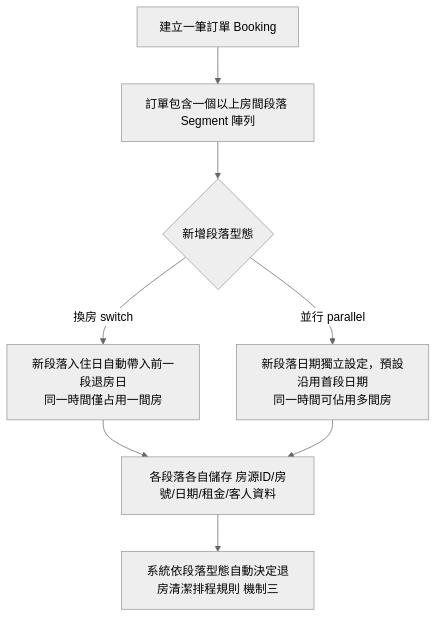
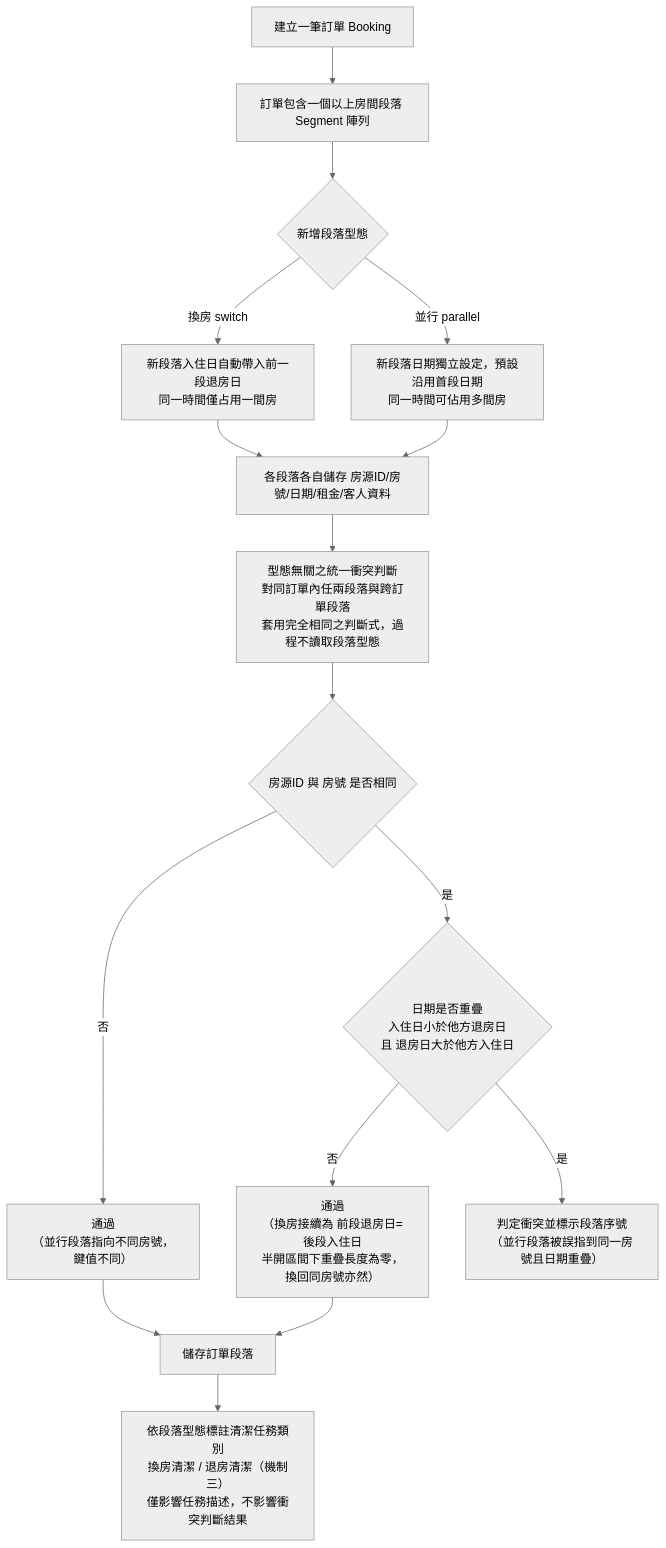
Before and after one commit to linhsuanyu199/quanju-room-system: the diagram in patent-docs/diagrams/src/fig-2-segment.mmd, drawn with Mermaid (neutral theme). The commit also changed 22 other files, not shown here.

```diff
--- a/patent-docs/diagrams/src/fig-2-segment.mmd
+++ b/patent-docs/diagrams/src/fig-2-segment.mmd
@@ -1,8 +1,16 @@
 flowchart TD
-  A[建立一筆訂單 Booking] --> B[訂單包含一個以上房間段落 Segment 陣列]
-  B --> C{新增段落型態}
-  C -- 換房 switch --> D[新段落入住日自動帶入前一段退房日<br/>同一時間僅占用一間房]
-  C -- 並行 parallel --> E[新段落日期獨立設定，預設沿用首段日期<br/>同一時間可佔用多間房]
-  D --> F[各段落各自儲存 房源ID/房號/日期/租金/客人資料]
+  A["建立一筆訂單 Booking"] --> B["訂單包含一個以上房間段落 Segment 陣列"]
+  B --> C{"新增段落型態"}
+  C -- "換房 switch" --> D["新段落入住日自動帶入前一段退房日<br/>同一時間僅占用一間房"]
+  C -- "並行 parallel" --> E["新段落日期獨立設定，預設沿用首段日期<br/>同一時間可佔用多間房"]
+  D --> F["各段落各自儲存 房源ID/房號/日期/租金/客人資料"]
   E --> F
-  F --> G[系統依段落型態自動決定退房清潔排程規則 機制三]
+  F --> G["型態無關之統一衝突判斷<br/>對同訂單內任兩段落與跨訂單段落<br/>套用完全相同之判斷式，過程不讀取段落型態"]
+  G --> H{"房源ID 與 房號 是否相同"}
+  H -- 否 --> P["通過<br/>（並行段落指向不同房號，鍵值不同）"]
+  H -- 是 --> I{"日期是否重疊<br/>入住日小於他方退房日<br/>且 退房日大於他方入住日"}
+  I -- 否 --> P2["通過<br/>（換房接續為 前段退房日=後段入住日<br/>半開區間下重疊長度為零，換回同房號亦然）"]
+  I -- 是 --> J["判定衝突並標示段落序號<br/>（並行段落被誤指到同一房號且日期重疊）"]
+  P --> K
+  P2 --> K["儲存訂單段落"]
+  K --> L["依段落型態標註清潔任務類別<br/>換房清潔 / 退房清潔（機制三）<br/>僅影響任務描述，不影響衝突判斷結果"]
```
